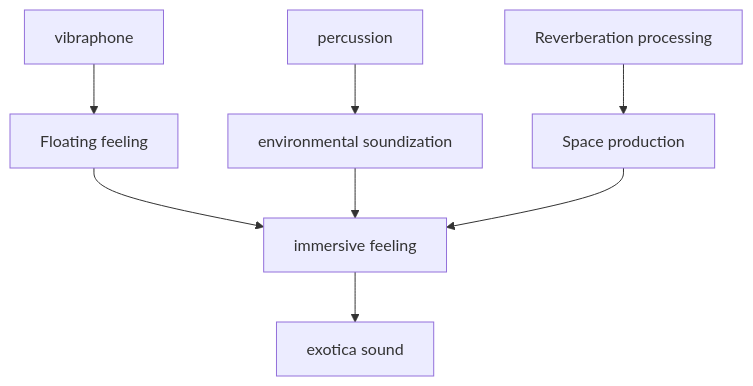
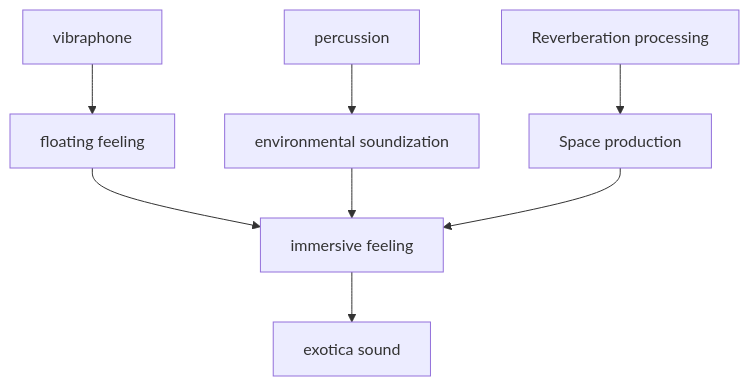
Before and after one commit to monumental-movement/monumental-movement.github.io: the fourth of 8 diagrams in en/_posts/2026-05-24-column-martin-denny.md, drawn with Mermaid. The commit also changed other lines of this file and 445 other files, not shown here.

```diff
--- a/en/_posts/2026-05-24-column-martin-denny.md
+++ b/en/_posts/2026-05-24-column-martin-denny.md
@@ -230,10 +230,10 @@
 <div class="mermaid">
 flowchart TD
-A[vibraphone] --> D[Floating feeling]
+A[vibraphone] --> D[floating feeling]
 B[percussion] --> E[environmental soundization]
 C[Reverberation processing] --> F[Space production]
 D --> G[immersive feeling]
 E --> G
 F --> G
 G --> H[exotica sound]
 </div>
```
